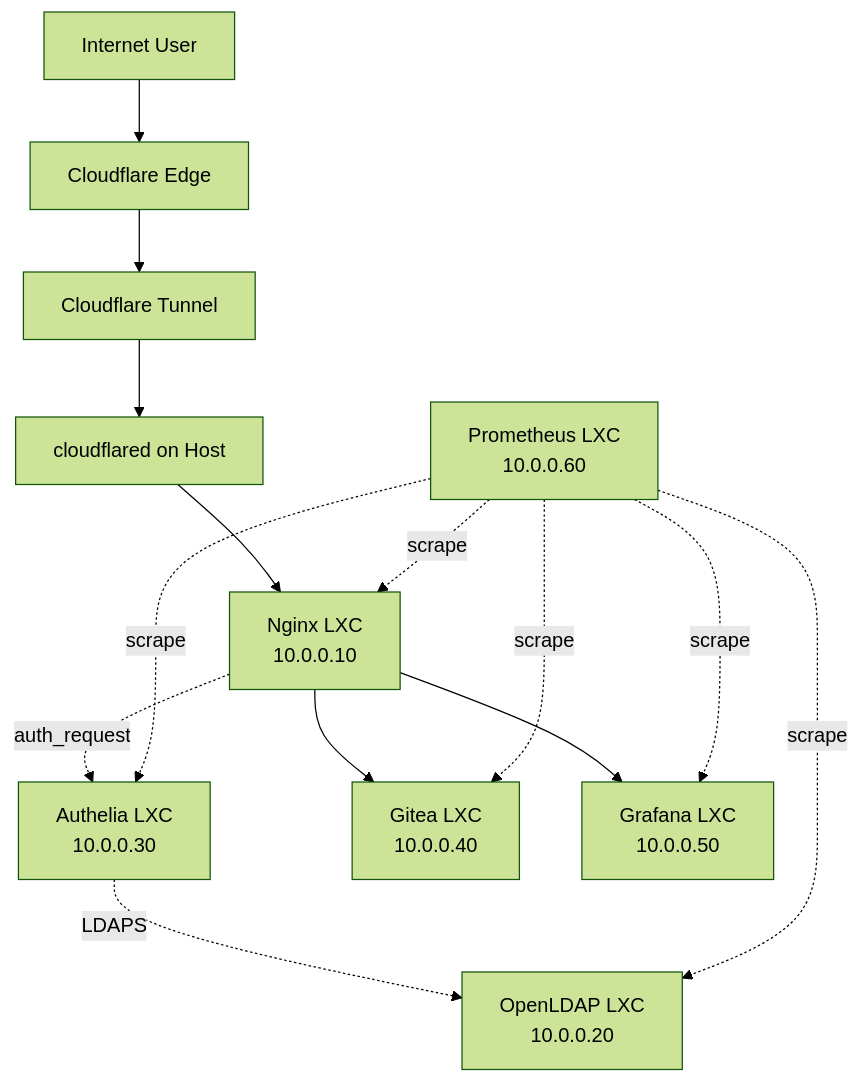
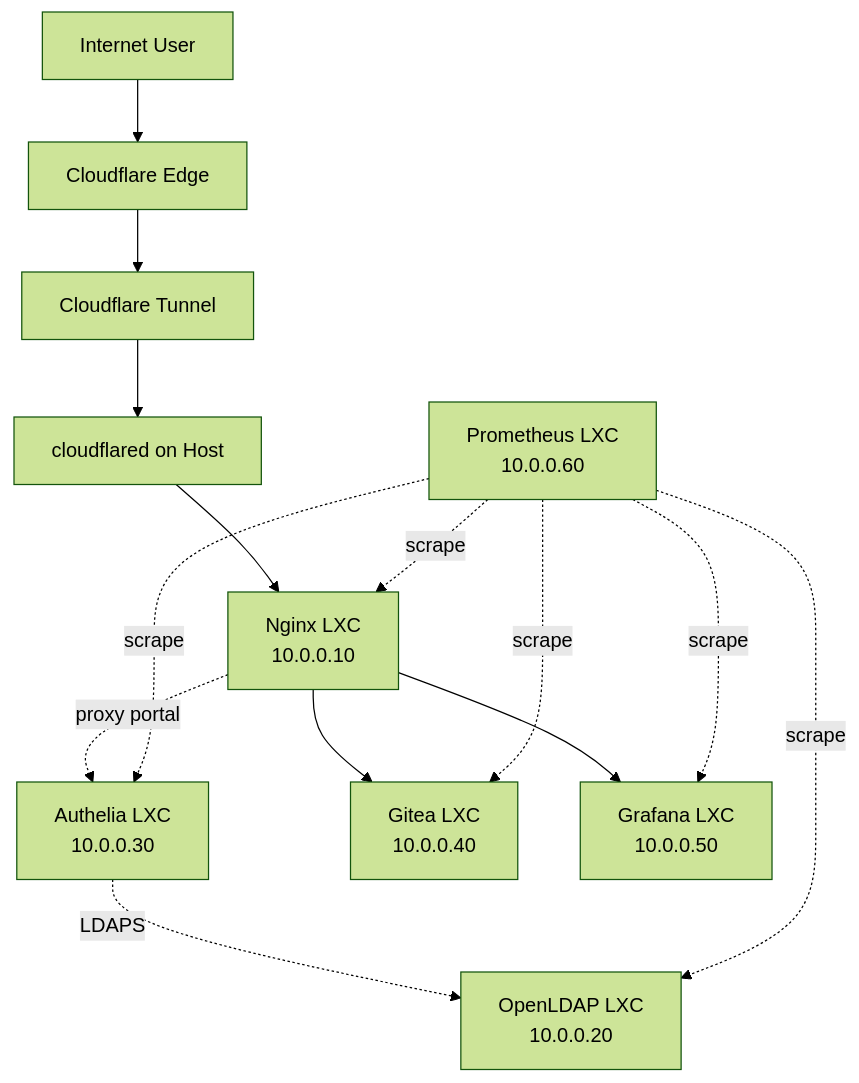
Before and after one commit to dmaljkovic/proxmox-homelab: the diagram in README.md, drawn with Mermaid (forest theme). The commit also changed other lines of this file and 10 other files, not shown here.

Commit message:
Update docs for Phase 5: Gitea OIDC SSO, drop Nginx auth_request

````diff
--- a/README.md
+++ b/README.md
@@ -11,16 +11,16 @@
 ```mermaid
 graph TB
     User[Internet User] --> CF[Cloudflare Edge]
     CF --> Tunnel[Cloudflare Tunnel]
     Tunnel --> CFD[cloudflared on Host]
     CFD --> Nginx[Nginx LXC<br/>10.0.0.10]
-    Nginx -.->|auth_request| Authelia[Authelia LXC<br/>10.0.0.30]
+    Nginx -.->|proxy portal| Authelia[Authelia LXC<br/>10.0.0.30]
     Authelia -.->|LDAPS| LDAP[OpenLDAP LXC<br/>10.0.0.20]
     Nginx --> Gitea[Gitea LXC<br/>10.0.0.40]
     Nginx --> Grafana[Grafana LXC<br/>10.0.0.50]
     Prom[Prometheus LXC<br/>10.0.0.60] -.->|scrape| Nginx
     Prom -.->|scrape| Gitea
     Prom -.->|scrape| Grafana
     Prom -.->|scrape| Authelia
     Prom -.->|scrape| LDAP
 ```
````
